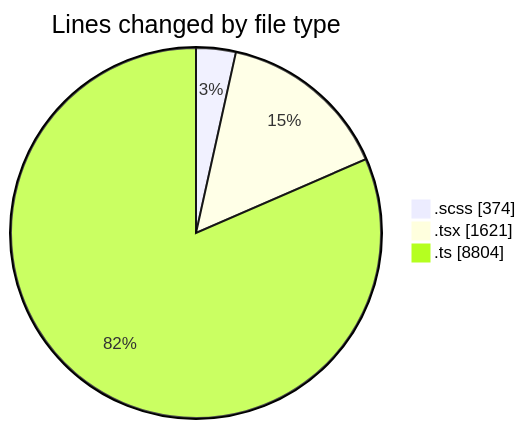
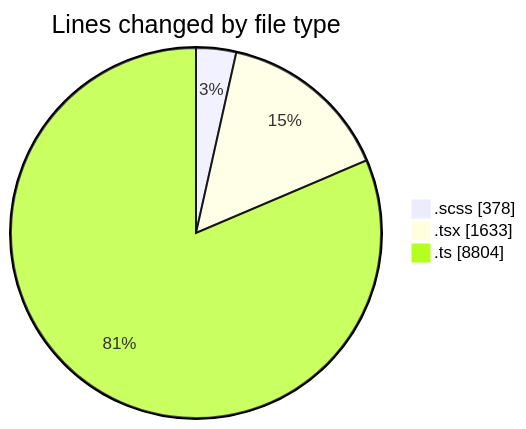
The first of 2 diagrams in 2025-03-04/cda/README.md (momahboobian/code-tracking), drawn with Mermaid before and after one commit. The commit also changed other lines of this file and 1 other file, not shown here.

````diff
--- a/2025-03-04/cda/README.md
+++ b/2025-03-04/cda/README.md
@@ -38,7 +38,7 @@
 ```mermaid
 pie showData
 title Lines changed by file type
-".scss" : 374
-".tsx" : 1621
+".scss" : 378
+".tsx" : 1633
 ".ts" : 8804
 ```
````
